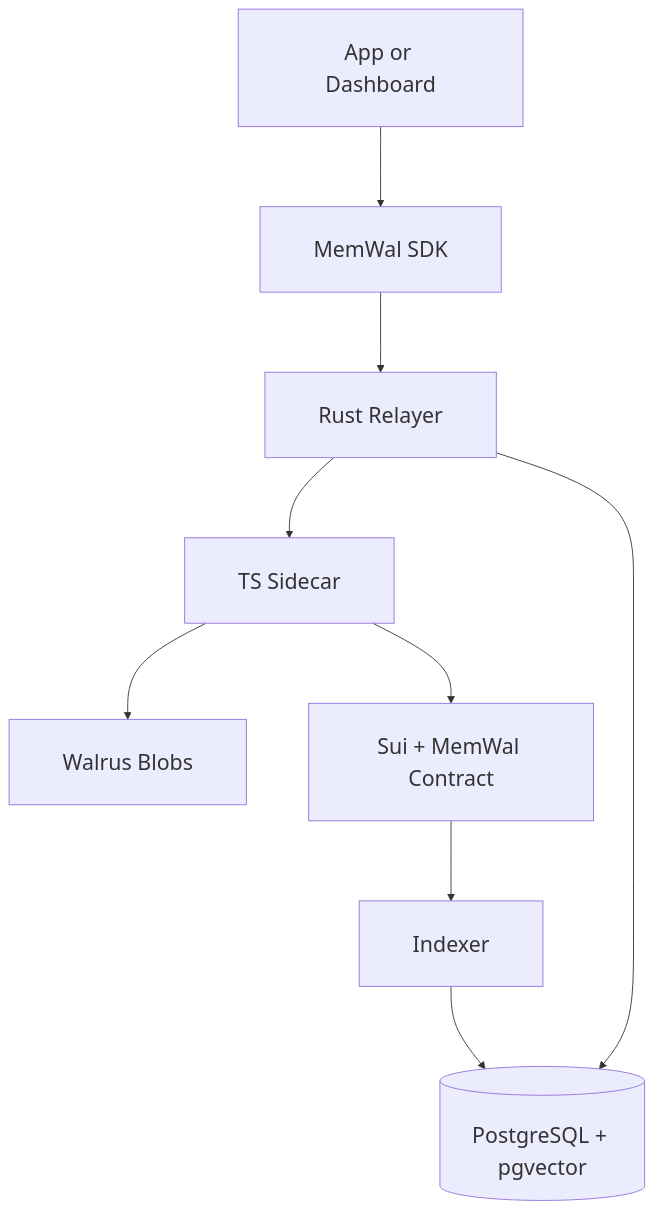
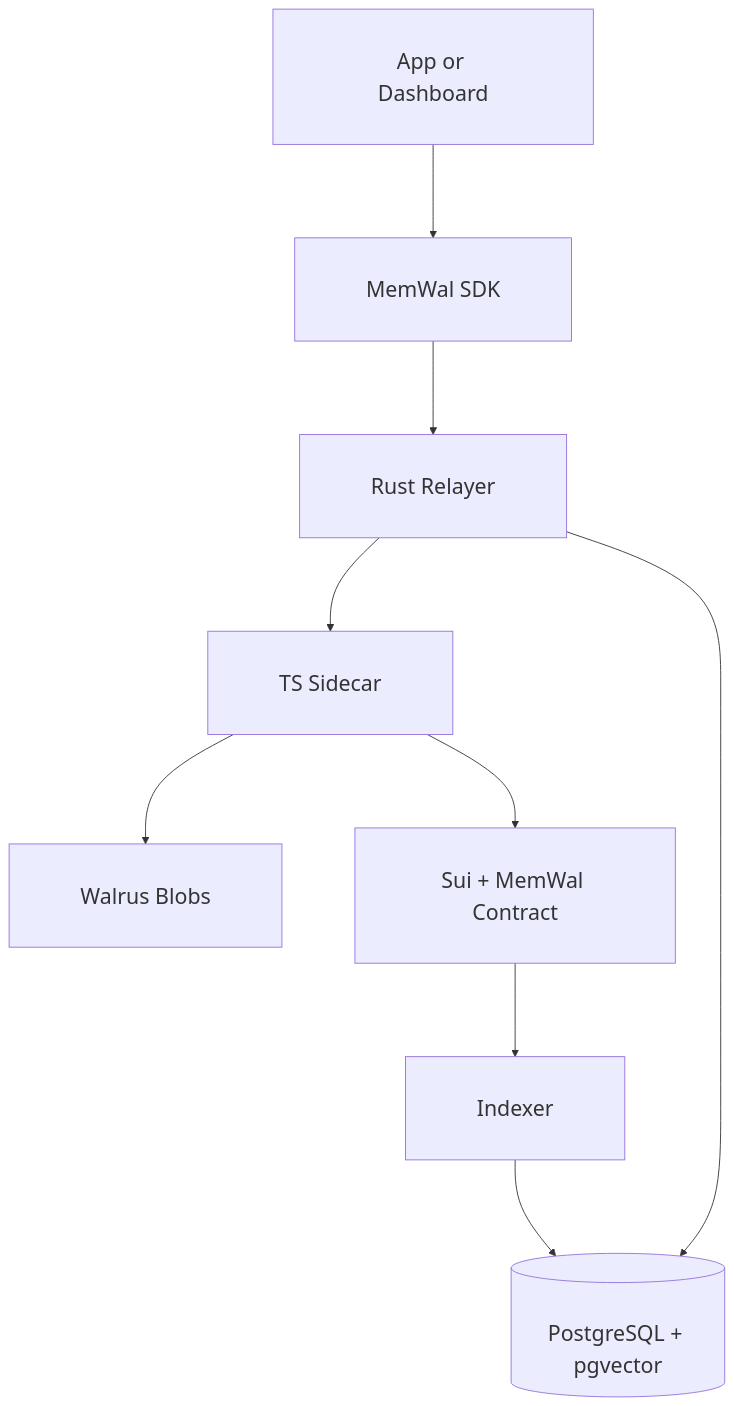
One commit to MystenLabs/MemWal changed the first of 2 diagrams in docs/architecture/system-overview.md. Above: the diagram before and after it, drawn with Mermaid. The commit also changed other lines of this file and 30 other files, not shown here.

First line of the commit message:
docs: tighten builder-facing docs and diagrams

````diff
--- a/docs/architecture/system-overview.md
+++ b/docs/architecture/system-overview.md
@@ -16,28 +16,28 @@
 ```mermaid
 %%{init: {
   "themeVariables": { "fontSize": "24px" },
   "flowchart": {
-    "nodeSpacing": 70,
-    "rankSpacing": 90,
-    "padding": 30
+    "nodeSpacing": 82,
+    "rankSpacing": 105,
+    "padding": 40
   }
 }}%%
 flowchart TD
     App[App or Dashboard]
     SDK[MemWal SDK]
     Relayer[Rust Relayer]
     Sidecar[TS Sidecar]
     DB[(PostgreSQL + pgvector)]
     Walrus[Walrus Blobs]
     Sui[Sui + MemWal Contract]
     Indexer[Indexer]
 
     App --> SDK
     SDK --> Relayer
     Relayer --> Sidecar
     Relayer --> DB
     Sidecar --> Walrus
     Sidecar --> Sui
     Sui --> Indexer
     Indexer --> DB
 ```
````
